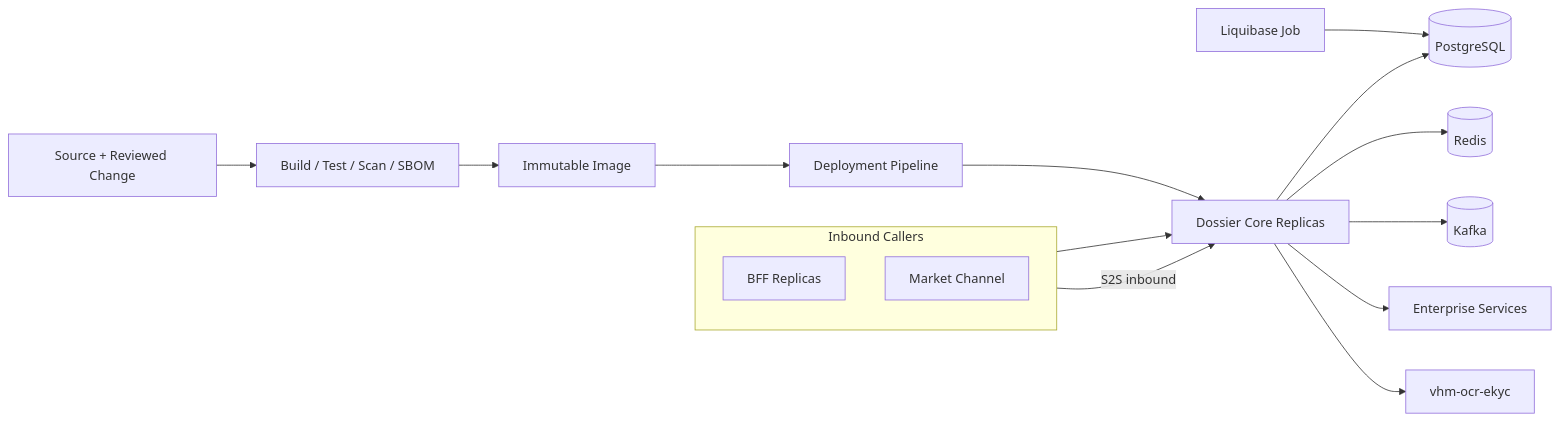
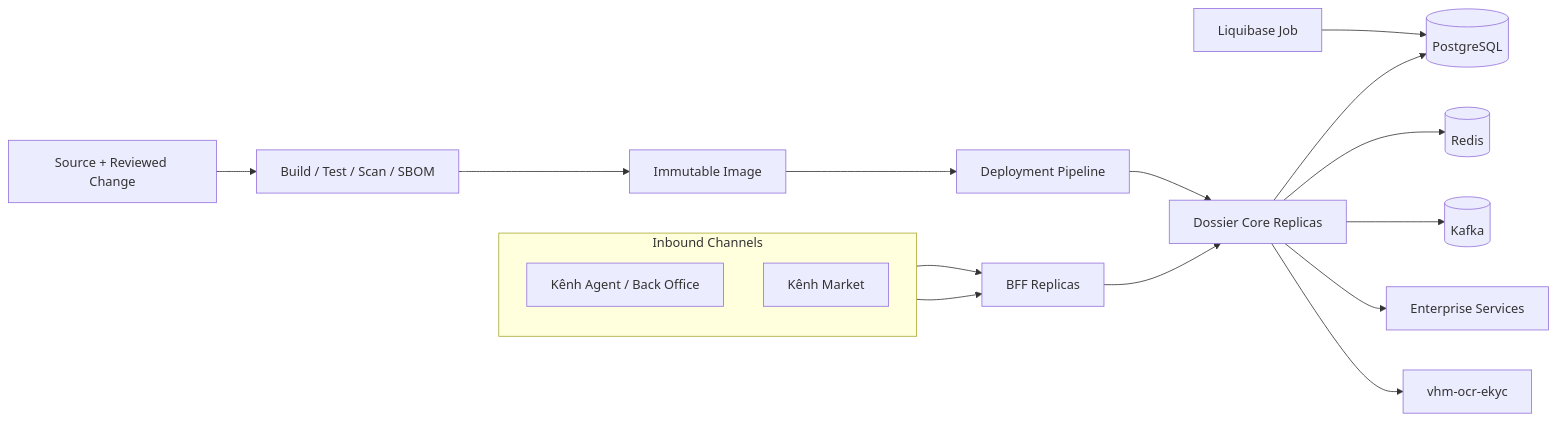
One commit to huynv-xyz/vhm changed the eighth of 8 diagrams in tdd-dossier.md. Above: the diagram before and after it, drawn with Mermaid. The commit also changed other lines of this file, not shown here.

````diff
--- a/tdd-dossier.md
+++ b/tdd-dossier.md
@@ -855,20 +816,21 @@
 ```mermaid
 flowchart LR
     Git[Source + Reviewed Change] --> CI[Build / Test / Scan / SBOM]
     CI --> Image[Immutable Image]
     Image --> Deploy[Deployment Pipeline]
     Migration[Liquibase Job] --> DB[(PostgreSQL)]
     Deploy --> Core[Dossier Core Replicas]
     Core --> DB
     Core --> Redis[(Redis)]
     Core --> Kafka[(Kafka)]
     Core --> Ext[Enterprise Services]
-    subgraph Inbound[Inbound Callers]
+    subgraph Channels[Inbound Channels]
         direction TB
-        BFF[BFF Replicas]
-        Market[Market Channel]
+        Agent[Kênh Agent / Back Office]
+        Market[Kênh Market]
     end
+    Agent --> BFF[BFF Replicas]
+    Market --> BFF
     BFF --> Core
-    Market -->|S2S inbound| Core
     Core --> OCR[vhm-ocr-ekyc]
 ```
````
